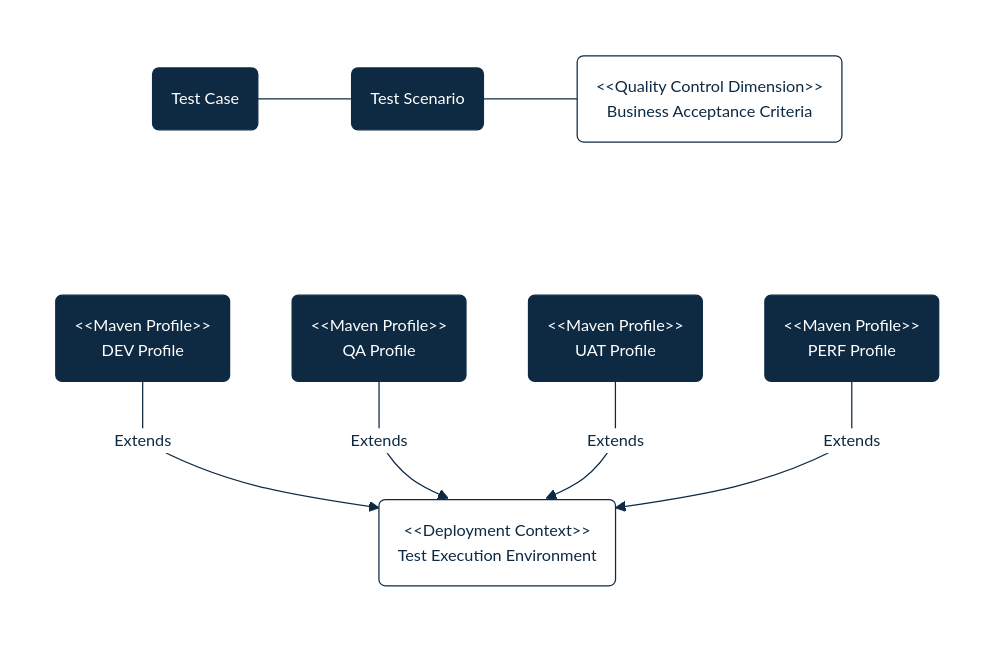
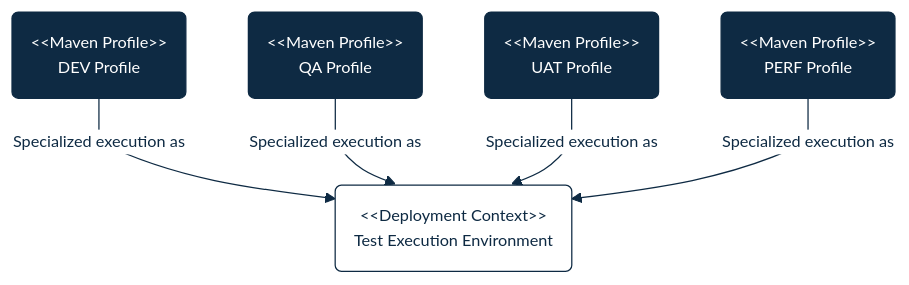
Before and after one commit to cybnity/quality-control-plans: the second of 3 diagrams in README.md, drawn with Mermaid. The commit also changed other lines of this file, not shown here.

````diff
--- a/README.md
+++ b/README.md
@@ -13,48 +64,39 @@
 ```mermaid
 %%{
   init: {
     'theme': 'base',
     'themeVariables': {
         'background': '#ffffff',
         'fontFamily': 'arial',
         'fontSize': '13px',
         'primaryColor': '#fff',
         'primaryTextColor': '#0e2a43',
         'primaryBorderColor': '#0e2a43',
         'secondaryColor': '#fff',
         'secondaryTextColor': '#0e2a43',
         'secondaryBorderColor': '#fff',
         'tertiaryColor': '#fff',
         'tertiaryTextColor': '#0e2a43',
         'tertiaryBorderColor': '#fff',
         'edgeLabelBackground':'#fff',
         'lineColor': '#0e2a43',
         'titleColor': '#fff',
         'textColor': '#0e2a43',
         'lineColor': '#0e2a43',
         'nodeTextColor': '#0e2a43',
         'nodeBorder': '#0e2a43',
         'noteTextColor': '#fff',
         'noteBorderColor': '#fff'
     },
     'flowchart': { 'curve': 'monotoneX', 'htmlLabels': 'true', 'wrappingWidth': '400' }
   }
 }%%
-flowchart LR
-subgraph environments[" "]
-    direction TD
+flowchart TD
     e_env("#60;#60;Deployment Context#62;#62; \n Test Execution Environment")
-    dev_env_profile("#60;#60;Maven Profile#62;#62; \n DEV Profile") & qa_env_profile("#60;#60;Maven Profile#62;#62; \n QA Profile") & uat_env_profile("#60;#60;Maven Profile#62;#62; \n UAT Profile") & perf_env_profile("#60;#60;Maven Profile#62;#62; \n PERF Profile") -->|Extends|e_env
-end
-subgraph plans[" "]
-    direction LR
-    t_case("Test Case") --- t_sc("Test Scenario") --- b_a_c("#60;#60;Quality Control Dimension#62;#62; \n Business Acceptance Criteria")
-end
+    dev_env_profile("#60;#60;Maven Profile#62;#62; \n DEV Profile") & qa_env_profile("#60;#60;Maven Profile#62;#62; \n QA Profile") & uat_env_profile("#60;#60;Maven Profile#62;#62; \n UAT Profile") & perf_env_profile("#60;#60;Maven Profile#62;#62; \n PERF Profile") -->|Specialized execution as|e_env
 
-    classDef dimension fill:#fff, stroke:##0e2a43, color:##0e2a43;
+    classDef context fill:#fff, stroke:##0e2a43, color:##0e2a43;
     classDef testelement fill:#0e2a43, color:#fff;
-    classDef component fill:#fff, stroke:#e5302a, color:#e5302a, stroke-dasharray: 5 5;
-
-    class b_a_c dimension
-    class t_case,t_sc,dev_env_profile,qa_env_profile,uat_env_profile,perf_env_profile testelement
+    class e_env context
+    class dev_env_profile,qa_env_profile,uat_env_profile,perf_env_profile testelement
 ```
````
